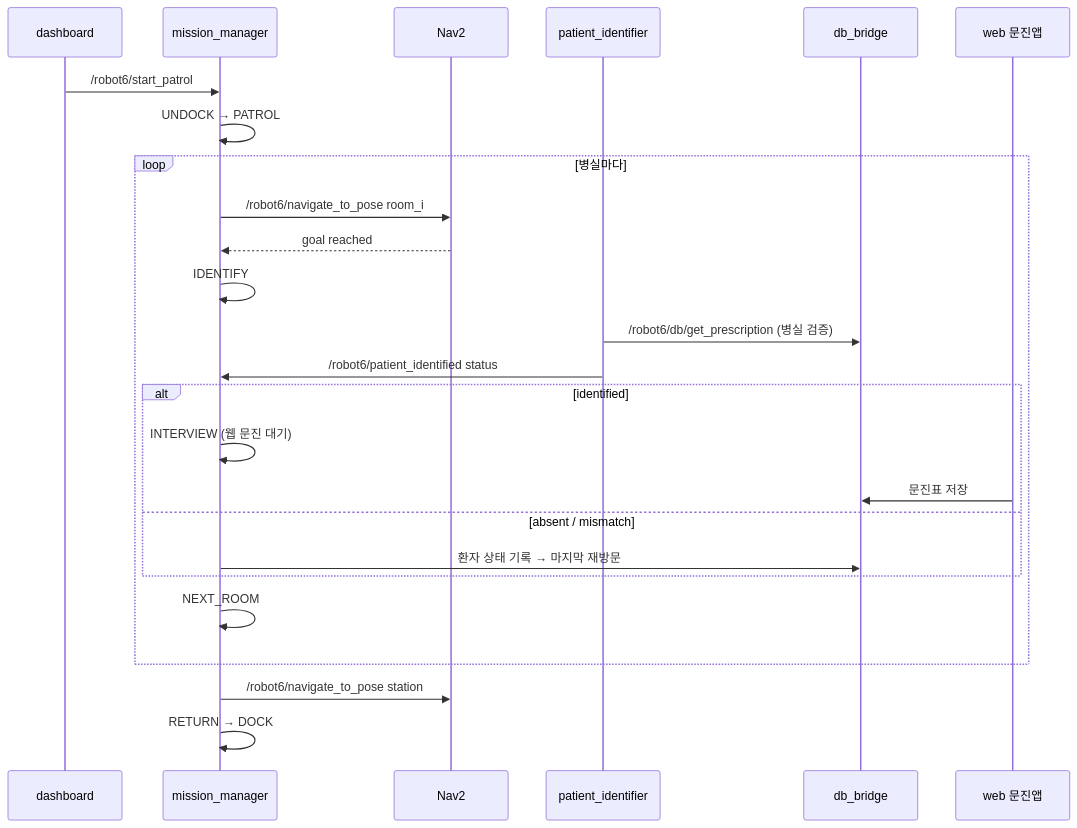
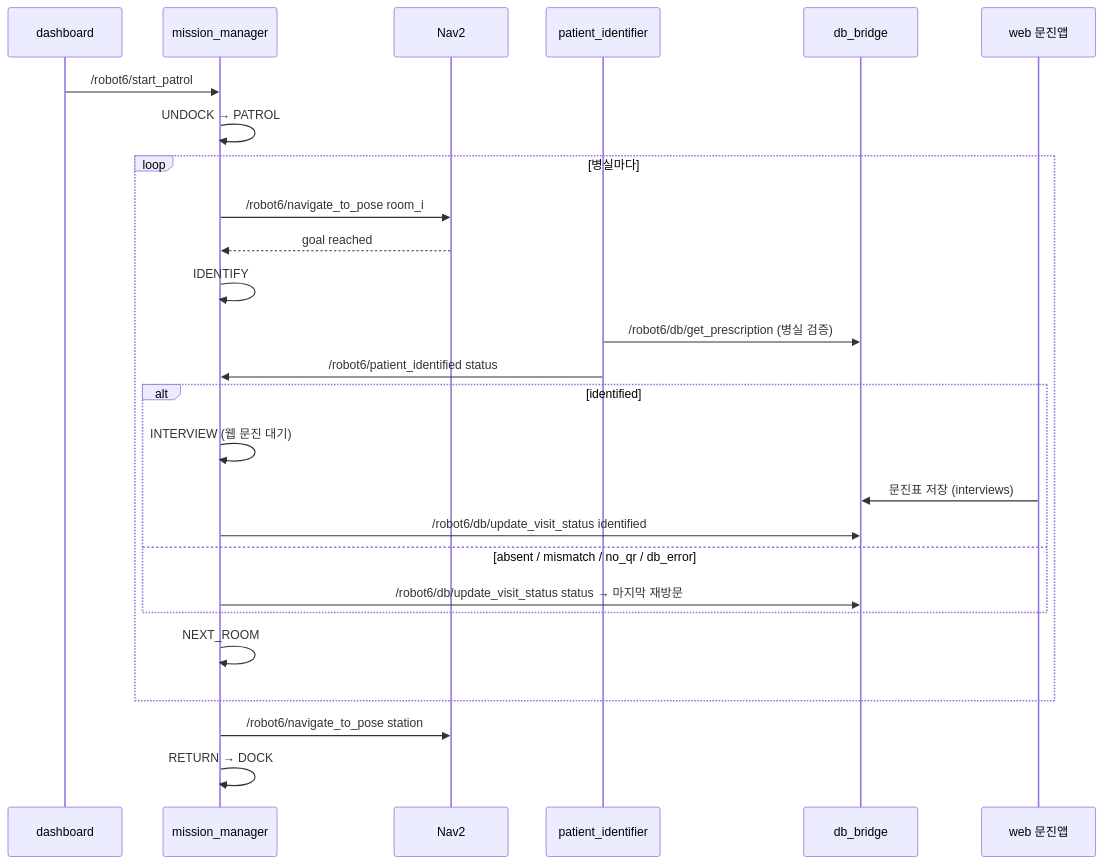
Before and after one commit to yevettee/MediCart: the fifth of 11 diagrams in docs/architecture/01_system_architecture.md, drawn with Mermaid. The commit also changed other lines of this file and 10 other files, not shown here.

````diff
--- a/docs/architecture/01_system_architecture.md
+++ b/docs/architecture/01_system_architecture.md
@@ -157,28 +166,29 @@
 ```mermaid
 sequenceDiagram
     participant D as dashboard
     participant M as mission_manager
     participant Nav as Nav2
     participant P as patient_identifier
     participant B as db_bridge
     participant W as web 문진앱
 
     D->>M: /robot6/start_patrol
     M->>M: UNDOCK → PATROL
     loop 병실마다
         M->>Nav: /robot6/navigate_to_pose room_i
         Nav-->>M: goal reached
         M->>M: IDENTIFY
         P->>B: /robot6/db/get_prescription (병실 검증)
         P->>M: /robot6/patient_identified status
         alt identified
             M->>M: INTERVIEW (웹 문진 대기)
-            W->>B: 문진표 저장
-        else absent / mismatch
-            M->>B: 환자 상태 기록 → 마지막 재방문
+            W->>B: 문진표 저장 (interviews)
+            M->>B: /robot6/db/update_visit_status identified
+        else absent / mismatch / no_qr / db_error
+            M->>B: /robot6/db/update_visit_status status → 마지막 재방문
         end
         M->>M: NEXT_ROOM
     end
     M->>Nav: /robot6/navigate_to_pose station
     M->>M: RETURN → DOCK
 ```
````
